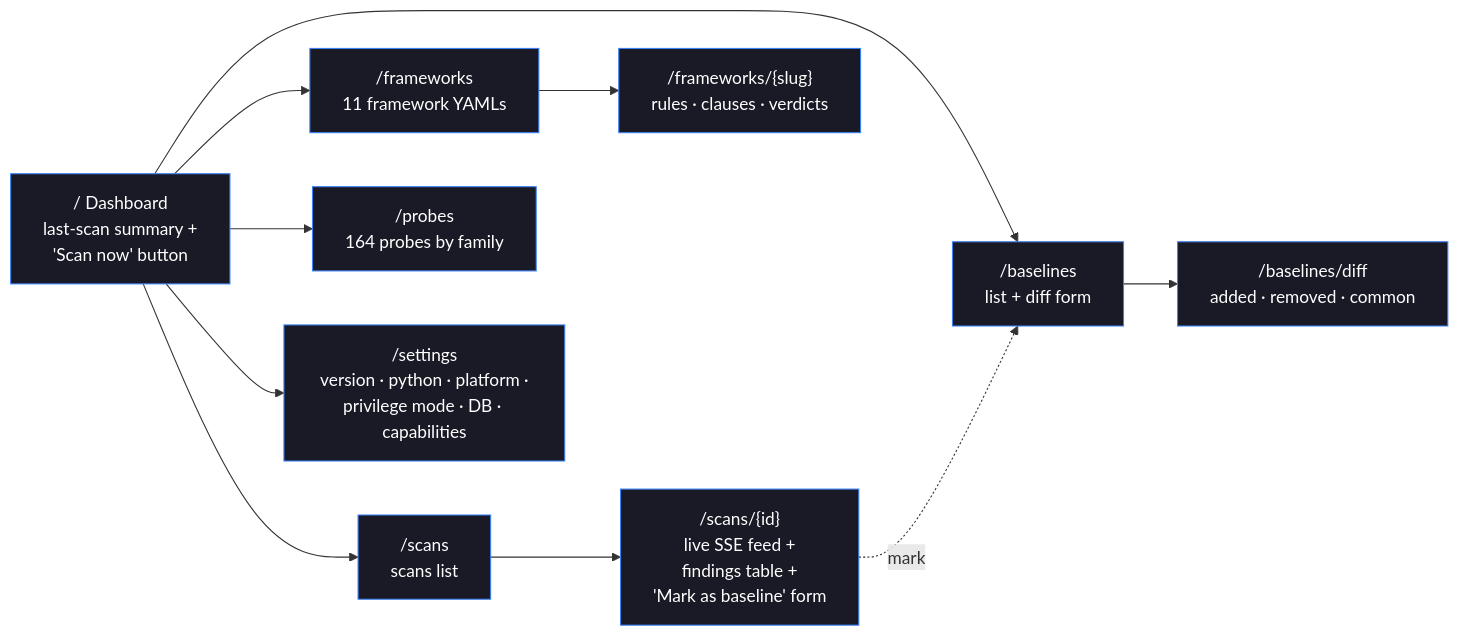
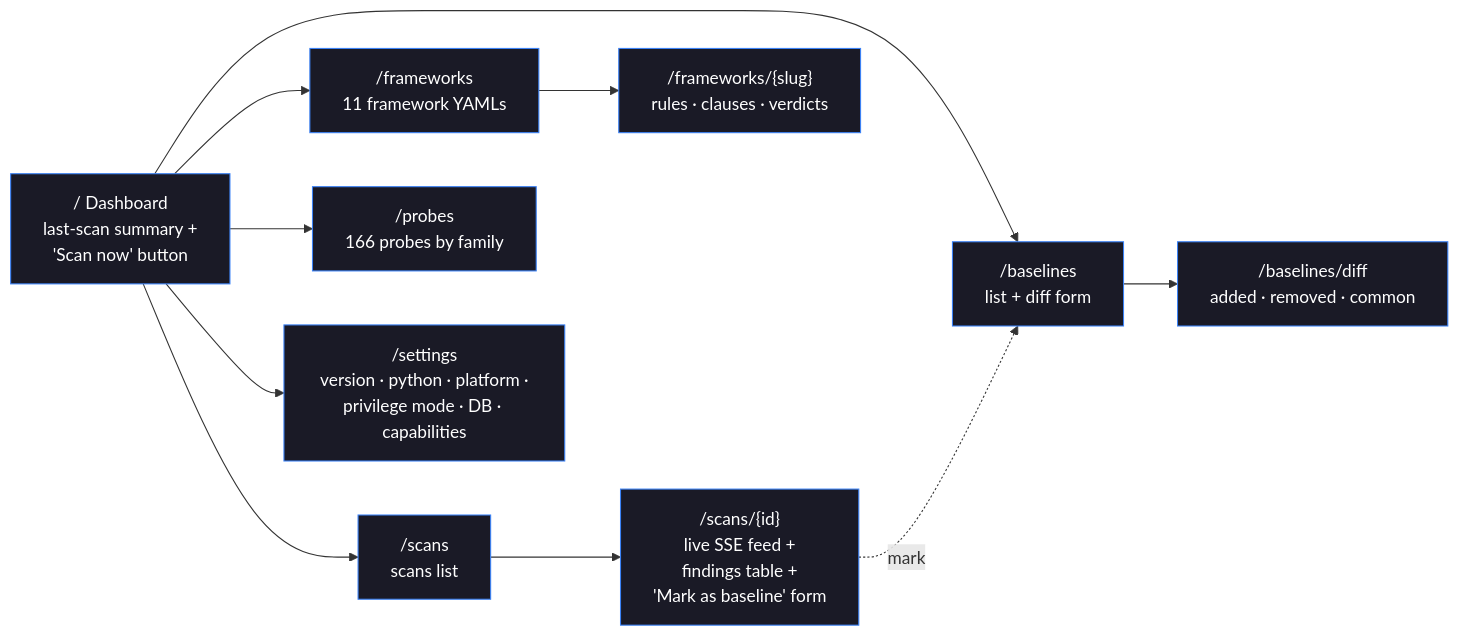
Before and after one commit to orengacademy/pqc-scanner2: the fourth of 8 diagrams in README.md, drawn with Mermaid. The commit also changed other lines of this file and 8 other files, not shown here.

````diff
--- a/README.md
+++ b/README.md
@@ -248,22 +248,22 @@
 ```mermaid
 flowchart LR
     HOME["/  Dashboard<br/>last-scan summary +<br/>'Scan now' button"]
     SCANS["/scans<br/>scans list"]
     DETAIL["/scans/{id}<br/>live SSE feed +<br/>findings table +<br/>'Mark as baseline' form"]
     FRAMEWORKS["/frameworks<br/>11 framework YAMLs"]
     FW_DET["/frameworks/{slug}<br/>rules · clauses · verdicts"]
-    PROBES["/probes<br/>164 probes by family"]
+    PROBES["/probes<br/>166 probes by family"]
     BASELINES["/baselines<br/>list + diff form"]
     DIFF["/baselines/diff<br/>added · removed · common"]
     SETTINGS["/settings<br/>version · python · platform ·<br/>privilege mode · DB · capabilities"]
 
     HOME --> SCANS --> DETAIL
     HOME --> FRAMEWORKS --> FW_DET
     HOME --> PROBES
     HOME --> BASELINES --> DIFF
     DETAIL -.mark.-> BASELINES
     HOME --> SETTINGS
 
     classDef page fill:#1a1a26,color:#fff,stroke:#3b82f6
     class HOME,SCANS,DETAIL,FRAMEWORKS,FW_DET,PROBES,BASELINES,DIFF,SETTINGS page
 ```
````
